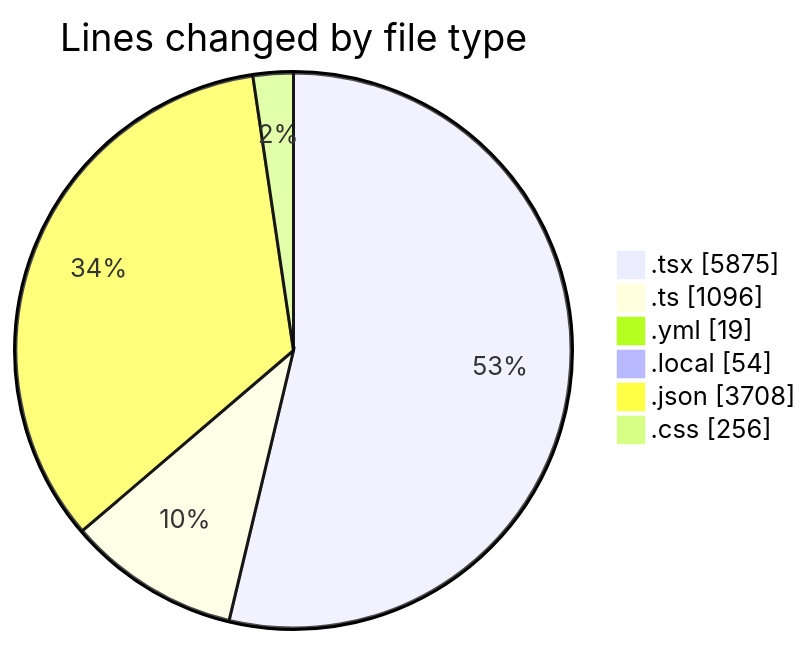
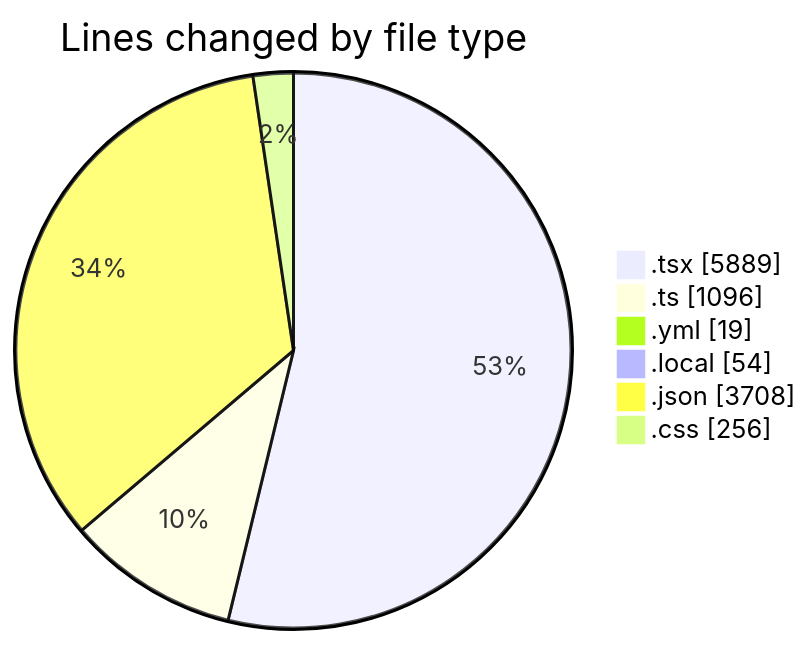
Before and after one commit to julien-gomy/code-tracking: the first of 2 diagrams in 2025-11-18/eventscop-frontend-guide__workspace_/README.md, drawn with Mermaid. The commit also changed other lines of this file and 1 other file, not shown here.

````diff
--- a/2025-11-18/eventscop-frontend-guide__workspace_/README.md
+++ b/2025-11-18/eventscop-frontend-guide__workspace_/README.md
@@ -77,10 +77,10 @@
 ```mermaid
 pie showData
 title Lines changed by file type
-".tsx" : 5875
+".tsx" : 5889
 ".ts" : 1096
 ".yml" : 19
 ".local" : 54
 ".json" : 3708
 ".css" : 256
 ```
````
